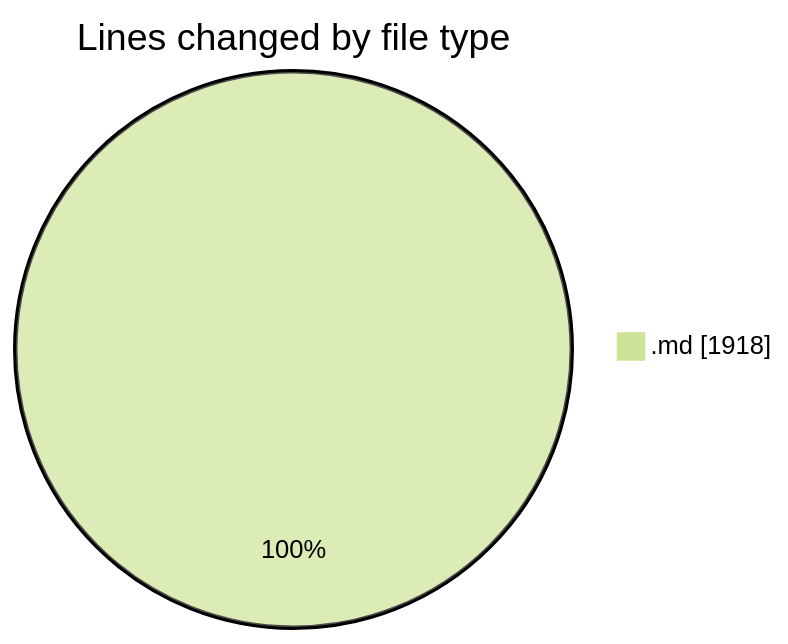
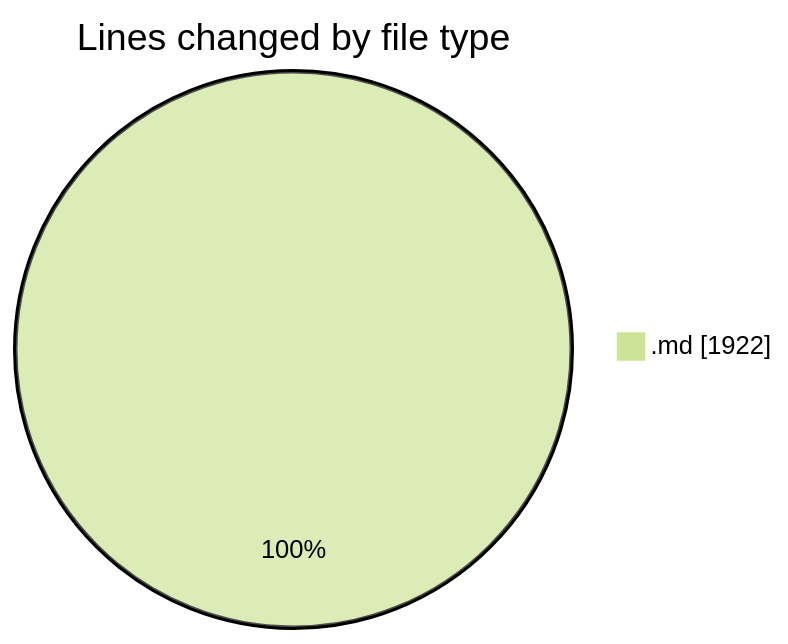
One commit to Ritupan-Deka/code-tracking changed the first of 2 diagrams in 2025-07-07/urlwebwala_intership_work/README.md. Above: the diagram before and after it, drawn with Mermaid (forest theme). The commit also changed other lines of this file and 1 other file, not shown here.

````diff
--- a/2025-07-07/urlwebwala_intership_work/README.md
+++ b/2025-07-07/urlwebwala_intership_work/README.md
@@ -22,5 +22,5 @@
 ```mermaid
 pie showData
 title Lines changed by file type
-".md" : 1918
+".md" : 1922
 ```
````
